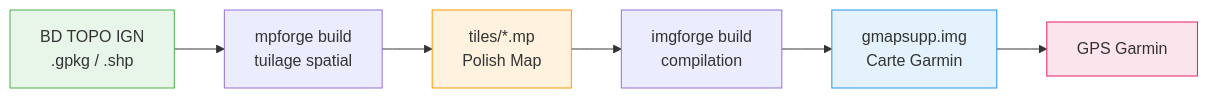
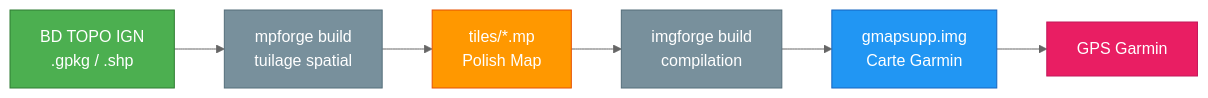
Before and after one commit to allfab/garmin-img-forge: the diagram in site/docs/01-le-projet/index.md, drawn with Mermaid. The commit also changed other lines of this file and 6 other files, not shown here.

First line of the commit message:
docs(site): corrections factuelles, 1ère personne, mermaid dark mode, courbes de niveau

````diff
--- a/site/docs/01-le-projet/index.md
+++ b/site/docs/01-le-projet/index.md
@@ -70,13 +78,16 @@
 ```mermaid
+%%{init: {'theme': 'base', 'themeVariables': {'primaryColor': '#4caf50', 'primaryTextColor': '#000', 'lineColor': '#666', 'secondaryColor': '#ff9800', 'tertiaryColor': '#2196f3'}}}%%
 flowchart LR
     A["BD TOPO IGN<br/>.gpkg / .shp"] --> B["mpforge build<br/>tuilage spatial"]
     B --> C["tiles/*.mp<br/>Polish Map"]
     C --> D["imgforge build<br/>compilation"]
     D --> E["gmapsupp.img<br/>Carte Garmin"]
     E --> F["GPS Garmin"]
 
-    style A fill:#e8f5e9,stroke:#4caf50
-    style C fill:#fff3e0,stroke:#ff9800
-    style E fill:#e3f2fd,stroke:#2196f3
-    style F fill:#fce4ec,stroke:#e91e63
+    style A fill:#4caf50,stroke:#2e7d32,color:#fff
+    style B fill:#78909c,stroke:#546e7a,color:#fff
+    style C fill:#ff9800,stroke:#e65100,color:#fff
+    style D fill:#78909c,stroke:#546e7a,color:#fff
+    style E fill:#2196f3,stroke:#1565c0,color:#fff
+    style F fill:#e91e63,stroke:#c2185b,color:#fff
 ```
````
